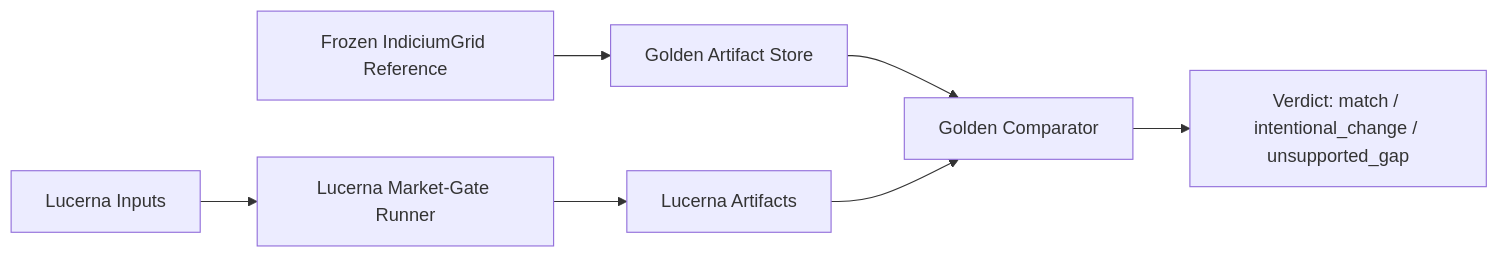
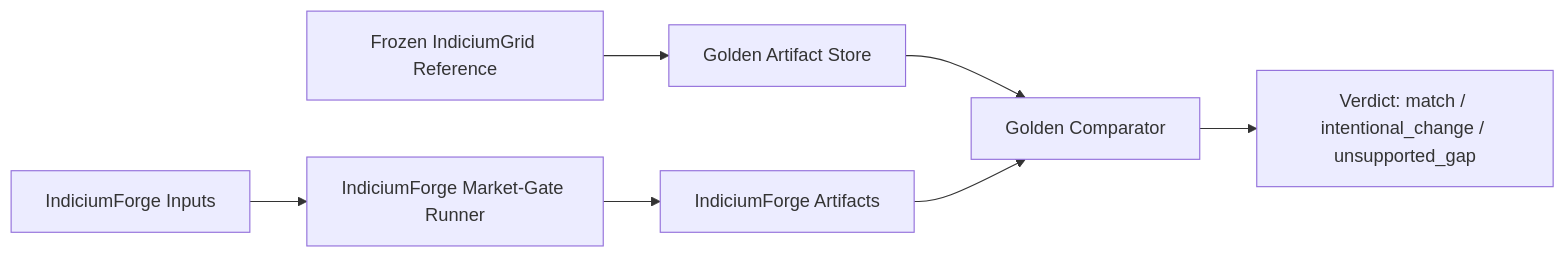
One commit to Cavaradossi/indiciumforge changed the diagram in docs/diagrams/dfd-level-0.md. Above: the diagram before and after it, drawn with Mermaid. The commit also changed 321 other files, not shown here.

First line of the commit message:
feat: rebrand Lucerna to IndiciumForge (v2.0.0)

````diff
--- a/docs/diagrams/dfd-level-0.md
+++ b/docs/diagrams/dfd-level-0.md
@@ -3,9 +3,9 @@
 ```mermaid
 flowchart LR
   A["Frozen IndiciumGrid Reference"] --> B["Golden Artifact Store"]
-  C["Lucerna Inputs"] --> D["Lucerna Market-Gate Runner"]
-  D --> E["Lucerna Artifacts"]
+  C["IndiciumForge Inputs"] --> D["IndiciumForge Market-Gate Runner"]
+  D --> E["IndiciumForge Artifacts"]
   B --> F["Golden Comparator"]
   E --> F
   F --> G["Verdict: match / intentional_change / unsupported_gap"]
 ```
````
